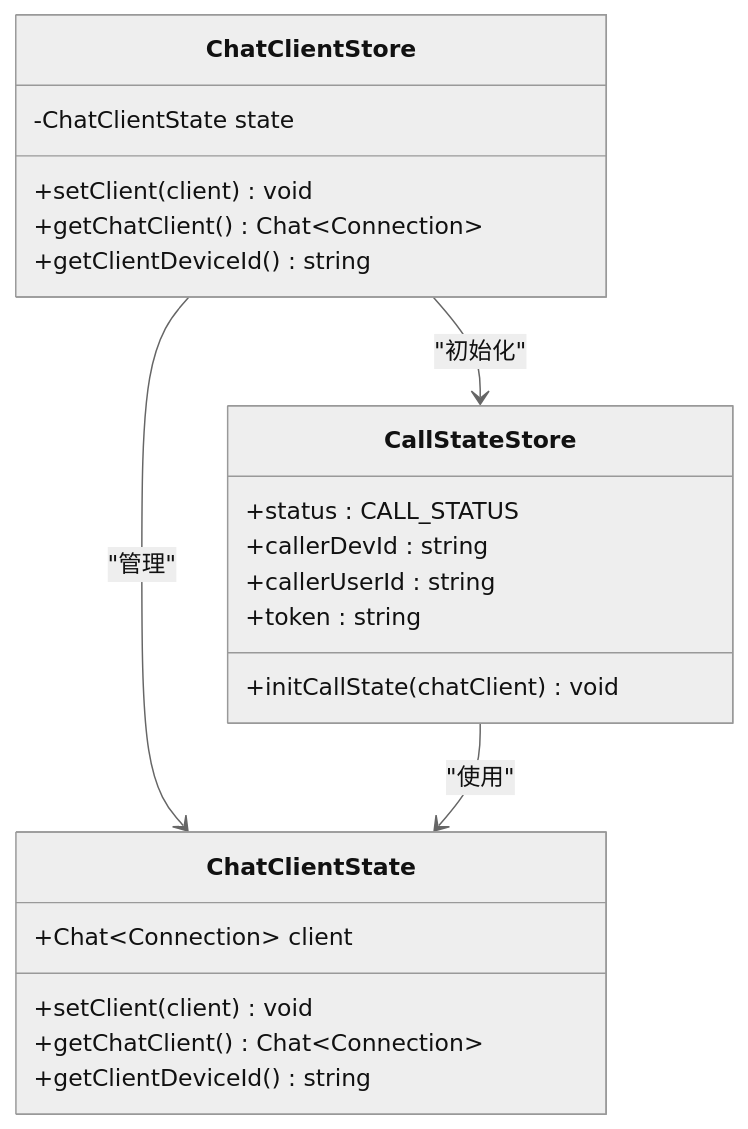
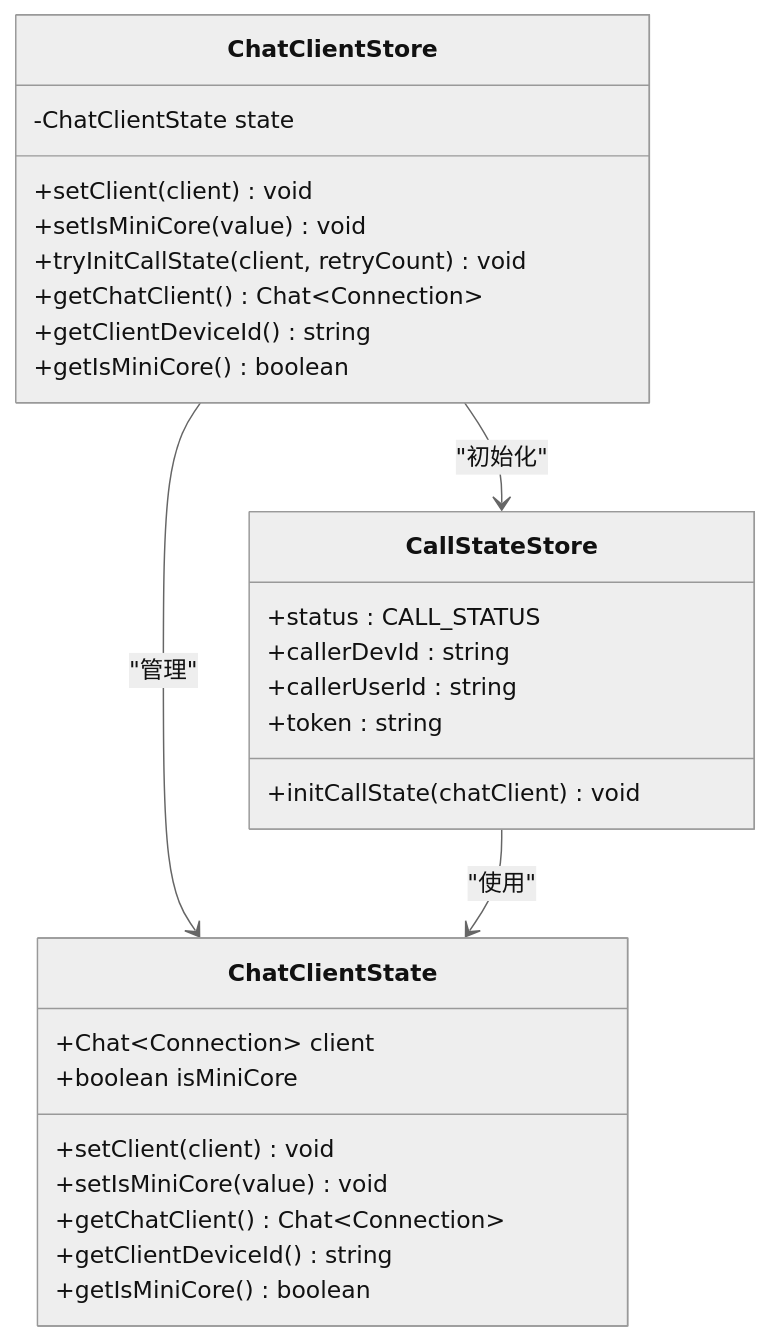
Before and after one commit to Easemob-Community/easemob-uikit-callkit-vue3: the second of 10 diagrams in .qoder/repowiki/zh/content/状态管理/ChatClient Store.md, drawn with Mermaid (neutral theme). The commit also changed other lines of this file and 58 other files, not shown here.

````diff
--- a/.qoder/repowiki/zh/content/状态管理/ChatClient Store.md
+++ b/.qoder/repowiki/zh/content/状态管理/ChatClient Store.md
@@ -86,25 +110,31 @@
 ```mermaid
 classDiagram
 class ChatClientState {
 +Chat~Connection~ client
++boolean isMiniCore
 +setClient(client) void
++setIsMiniCore(value) void
 +getChatClient() Chat~Connection~
 +getClientDeviceId() string
++getIsMiniCore() boolean
 }
 class ChatClientStore {
 -ChatClientState state
 +setClient(client) void
++setIsMiniCore(value) void
++tryInitCallState(client, retryCount) void
 +getChatClient() Chat~Connection~
 +getClientDeviceId() string
++getIsMiniCore() boolean
 }
 class CallStateStore {
 +initCallState(chatClient) void
 +status : CALL_STATUS
 +callerDevId : string
 +callerUserId : string
 +token : string
 }
 ChatClientStore --> CallStateStore : "初始化"
 ChatClientStore --> ChatClientState : "管理"
 CallStateStore --> ChatClientState : "使用"
 ```
````
